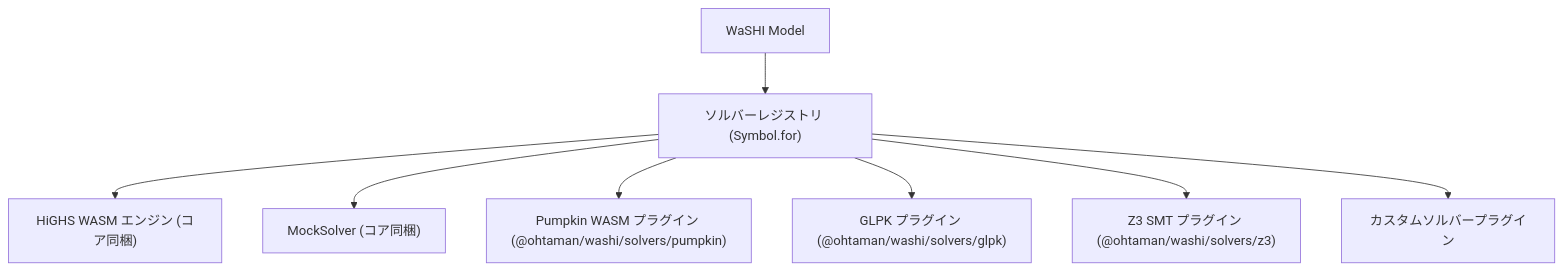
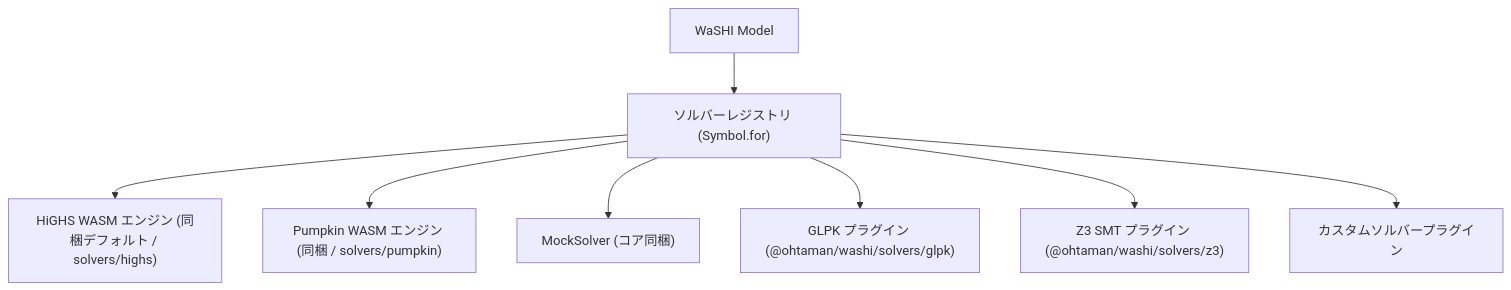
The diagram in docs/ja/solvers/custom-solver.md (ohtaman/washi), drawn with Mermaid before and after one commit. The commit also changed other lines of this file and 130 other files, not shown here.

Commit message:
refactor(solvers): unify bundled HiGHS and Pumpkin layout and auto-registration (#413)

````diff
--- a/docs/ja/solvers/custom-solver.md
+++ b/docs/ja/solvers/custom-solver.md
@@ -11,10 +11,10 @@
 ```mermaid
 graph TD
     A[WaSHI Model] --> B["ソルバーレジストリ (Symbol.for)"]
-    B --> C["HiGHS WASM エンジン (コア同梱)"]
+    B --> C["HiGHS WASM エンジン (同梱デフォルト / solvers/highs)"]
+    B --> H["Pumpkin WASM エンジン (同梱 / solvers/pumpkin)"]
     B --> D["MockSolver (コア同梱)"]
-    B --> H["Pumpkin WASM プラグイン (@ohtaman/washi/solvers/pumpkin)"]
     B --> E["GLPK プラグイン (@ohtaman/washi/solvers/glpk)"]
     B --> F["Z3 SMT プラグイン (@ohtaman/washi/solvers/z3)"]
     B --> G[カスタムソルバープラグイン]
 ```
````
